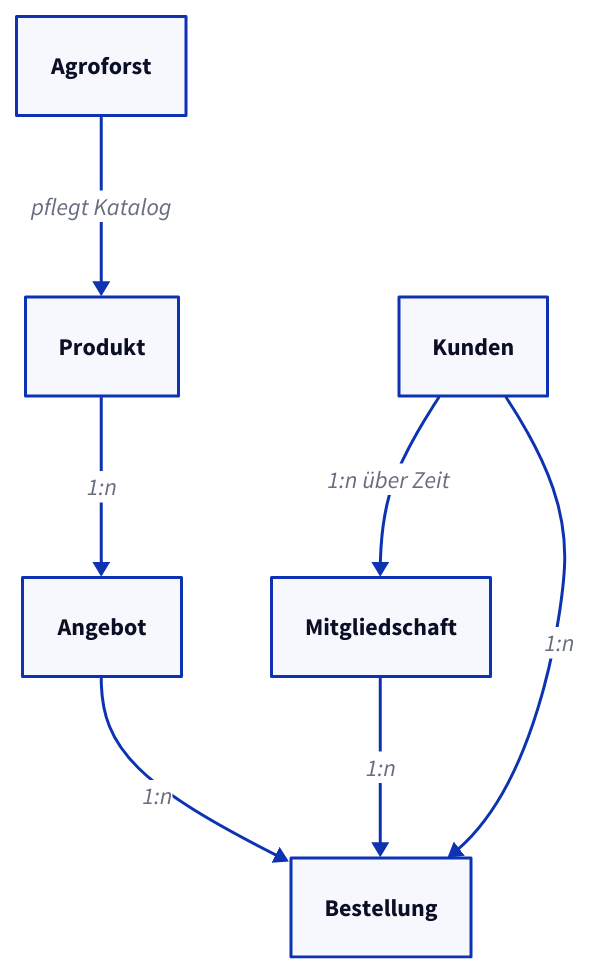
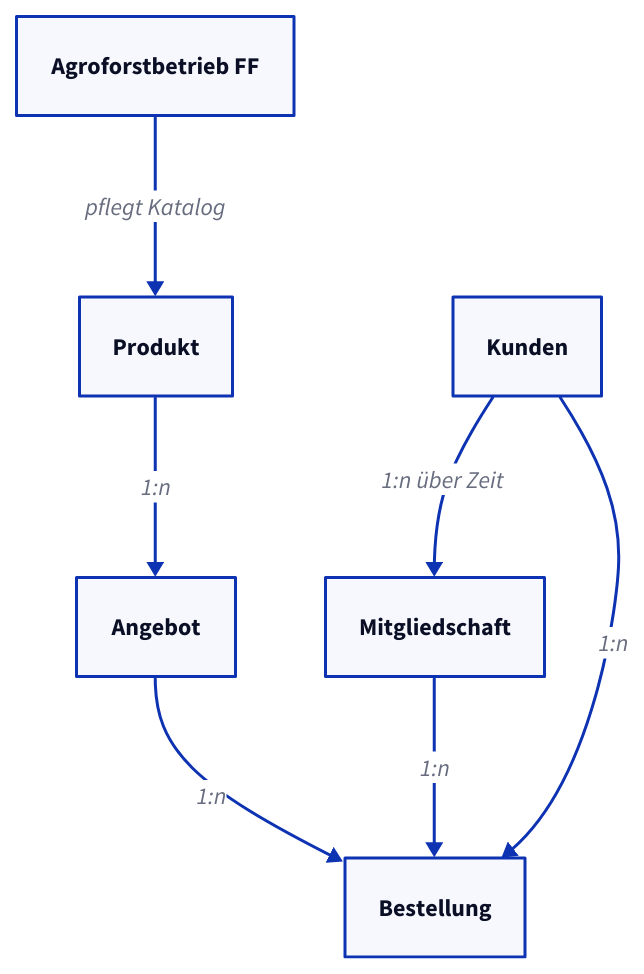
The diagram in schema.d2 (floherzler/agroforst-ff), drawn with D2 before and after one commit. The commit also changed 2 other files, not shown here.

```diff
--- a/schema.d2
+++ b/schema.d2
@@ -1,8 +1,8 @@
 direction: down
 
-Agroforst -> Produkt: pflegt Katalog
+Agroforstbetrieb FF -> Produkt: pflegt Katalog
 Produkt -> Angebot: 1:n
 Kunden -> Mitgliedschaft: 1:n über Zeit
 Angebot -> Bestellung: 1:n
 Mitgliedschaft -> Bestellung: 1:n
 Kunden -> Bestellung: 1:n
```
